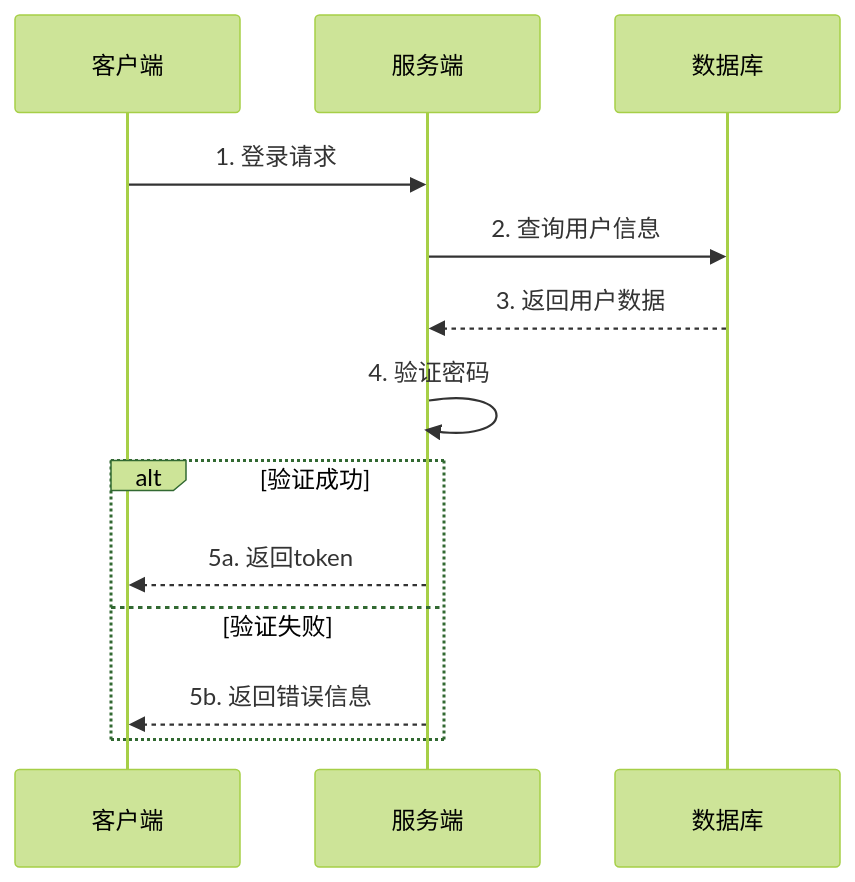
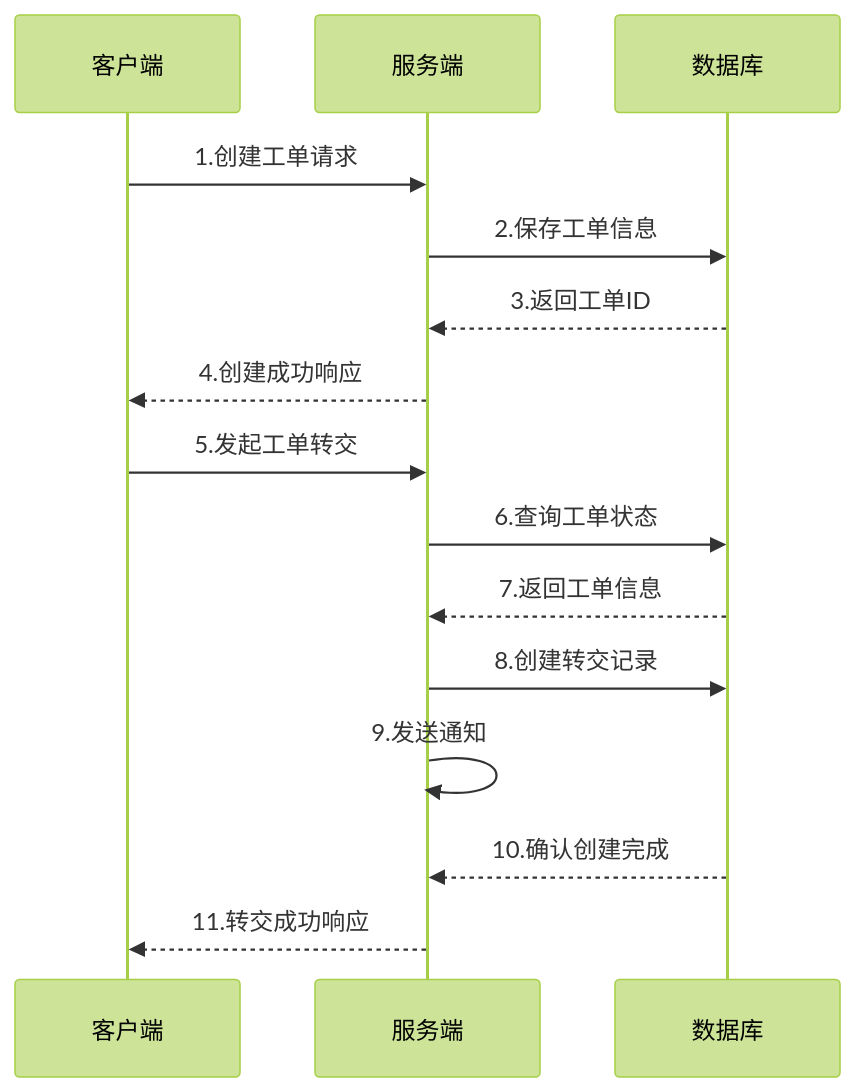
Before and after one commit to zhishi324/n8ndeploy: the second of 2 diagrams in devel/outlinedesign1.md, drawn with Mermaid (forest theme). The commit also changed other lines of this file, not shown here.

````diff
--- a/devel/outlinedesign1.md
+++ b/devel/outlinedesign1.md
@@ -64,16 +74,19 @@
 ```mermaid
 sequenceDiagram
     participant C as 客户端
     participant S as 服务端
     participant DB as 数据库
     
-    C->>S: 1. 登录请求
-    S->>DB: 2. 查询用户信息
-    DB-->>S: 3. 返回用户数据
-    S->>S: 4. 验证密码
-    alt 验证成功
-        S-->>C: 5a. 返回token
-    else 验证失败
-        S-->>C: 5b. 返回错误信息
-    end
+    C->>S: 1.创建工单请求
+    S->>DB: 2.保存工单信息
+    DB-->>S: 3.返回工单ID
+    S-->>C: 4.创建成功响应
+    
+    C->>S: 5.发起工单转交
+    S->>DB: 6.查询工单状态
+    DB-->>S: 7.返回工单信息
+    S->>DB: 8.创建转交记录
+    S->>S: 9.发送通知
+    DB-->>S: 10.确认创建完成
+    S-->>C: 11.转交成功响应
 ```
````
